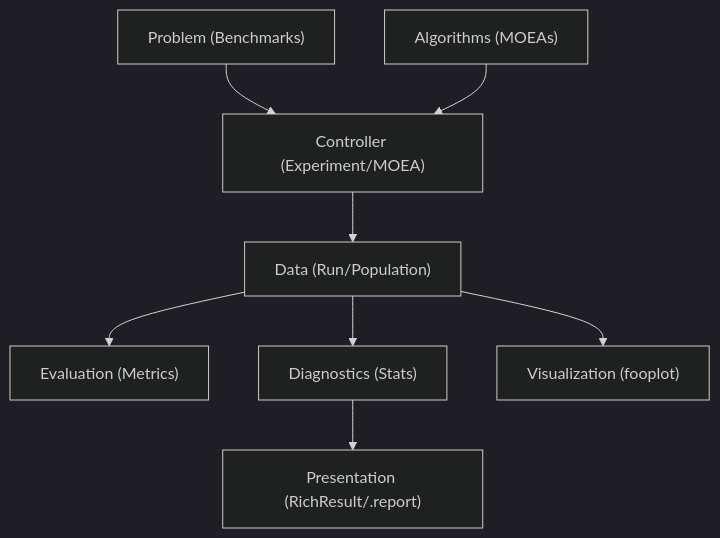
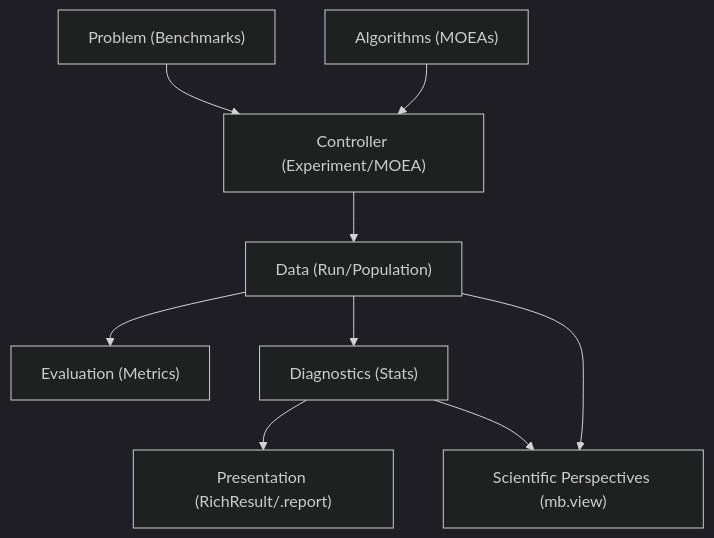
Before and after one commit to monacofj/moeabench: the diagram in docs/design.md, drawn with Mermaid (dark theme). The commit also changed other lines of this file and 32 other files, not shown here.

````diff
--- a/docs/design.md
+++ b/docs/design.md
@@ -90,10 +94,11 @@
 ```mermaid
 graph TD
     A["Problem (Benchmarks)"] --> C["Controller (Experiment/MOEA)"]
     B["Algorithms (MOEAs)"] --> C
     C --> D["Data (Run/Population)"]
     D --> E["Evaluation (Metrics)"]
     D --> F["Diagnostics (Stats)"]
     F --> G["Presentation (RichResult/.report)"]
-    D --> H["Visualization (fooplot)"]
+    D --> H["Scientific Perspectives (mb.view)"]
+    F --> H
 ```
````
